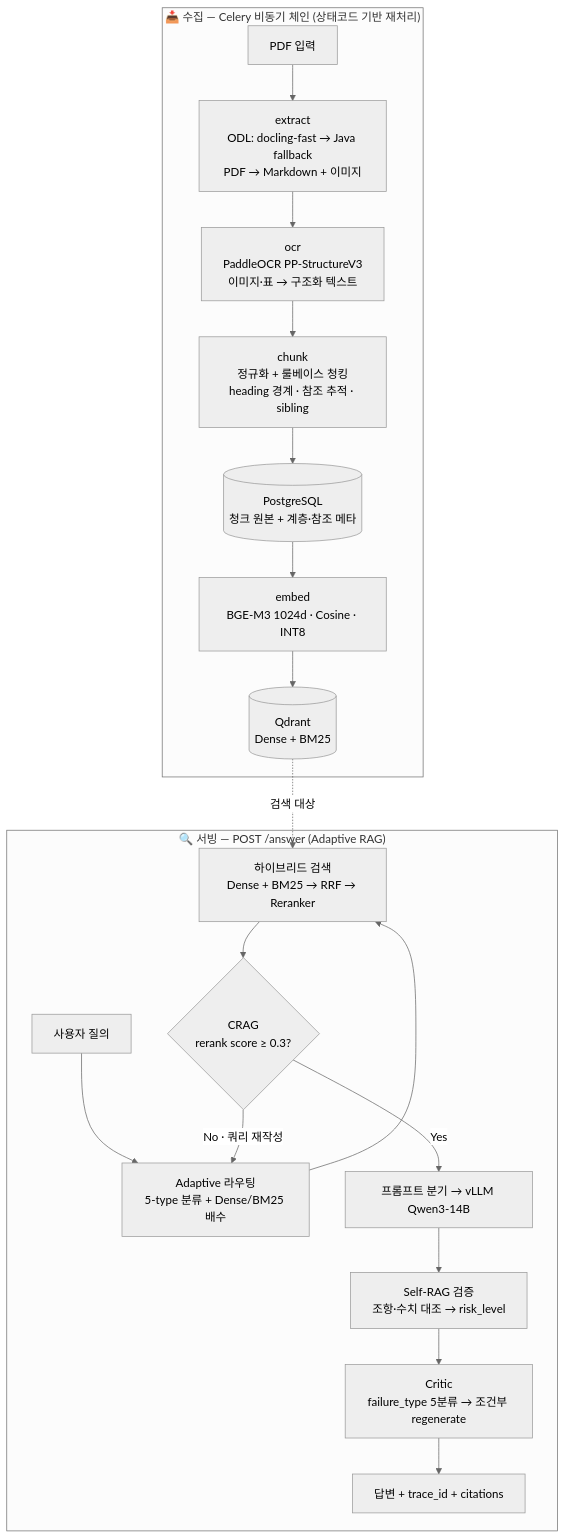
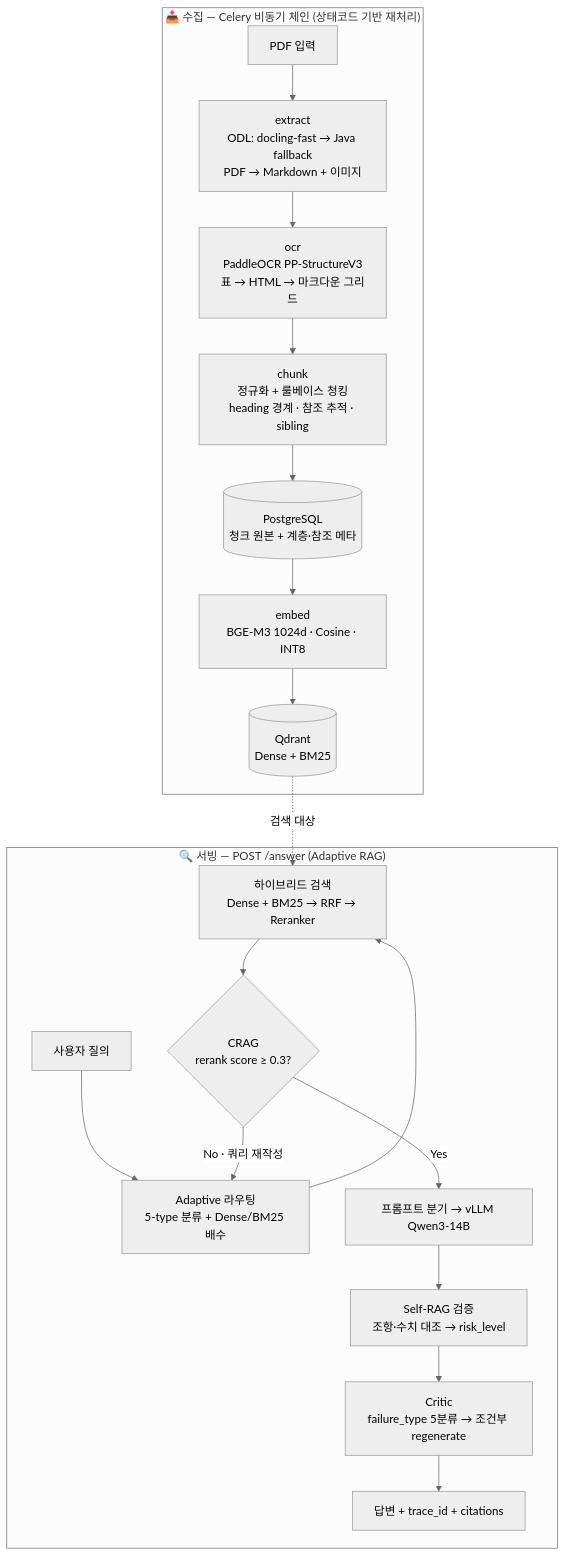
One commit to deokjinlog/docs-rag changed the diagram in README.md. Above: the diagram before and after it, drawn with Mermaid (neutral theme). The commit also changed other lines of this file and 2 other files, not shown here.

````diff
--- a/README.md
+++ b/README.md
@@ -20,22 +31,22 @@
 ```mermaid
 flowchart TD
     subgraph 수집["📥 수집 — Celery 비동기 체인 (상태코드 기반 재처리)"]
         A[PDF 입력] --> B["extract<br/>ODL: docling-fast → Java fallback<br/>PDF → Markdown + 이미지"]
-        B --> C["ocr<br/>PaddleOCR PP-StructureV3<br/>이미지·표 → 구조화 텍스트"]
+        B --> C["ocr<br/>PaddleOCR PP-StructureV3<br/>표 → HTML → 마크다운 그리드"]
         C --> D["chunk<br/>정규화 + 룰베이스 청킹<br/>heading 경계 · 참조 추적 · sibling"]
         D --> E[("PostgreSQL<br/>청크 원본 + 계층·참조 메타")]
         E --> F["embed<br/>BGE-M3 1024d · Cosine · INT8"]
         F --> G[("Qdrant<br/>Dense + BM25")]
     end
     subgraph 서빙["🔍 서빙 — POST /answer (Adaptive RAG)"]
         Q[사용자 질의] --> R["Adaptive 라우팅<br/>5-type 분류 + Dense/BM25 배수"]
         R --> S["하이브리드 검색<br/>Dense + BM25 → RRF → Reranker"]
         S --> T{"CRAG<br/>rerank score ≥ 0.3?"}
         T -->|No · 쿼리 재작성| R
         T -->|Yes| U["프롬프트 분기 → vLLM Qwen3-14B"]
         U --> V["Self-RAG 검증<br/>조항·수치 대조 → risk_level"]
         V --> W["Critic<br/>failure_type 5분류 → 조건부 regenerate"]
         W --> X[답변 + trace_id + citations]
     end
     G -.검색 대상.-> S
 ```
````
